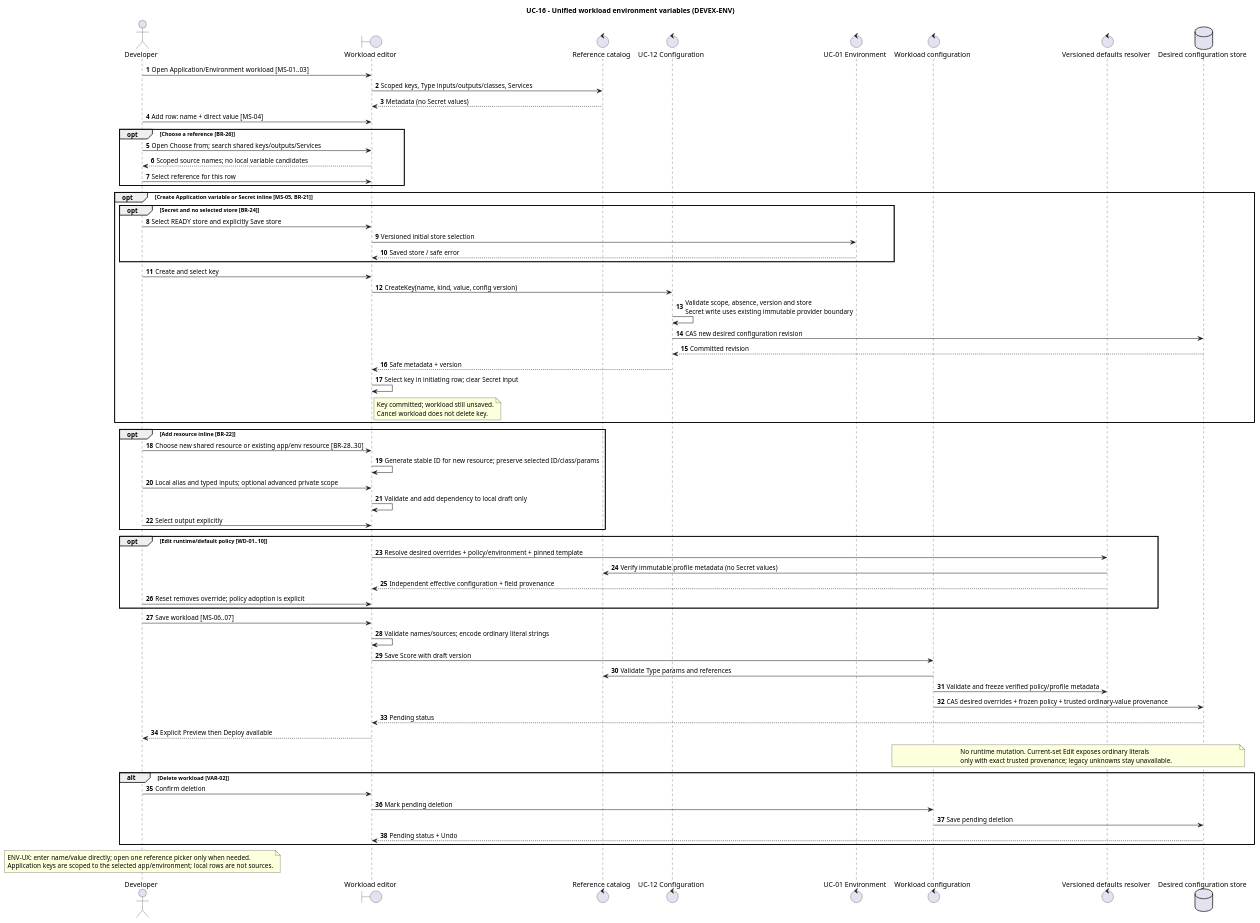
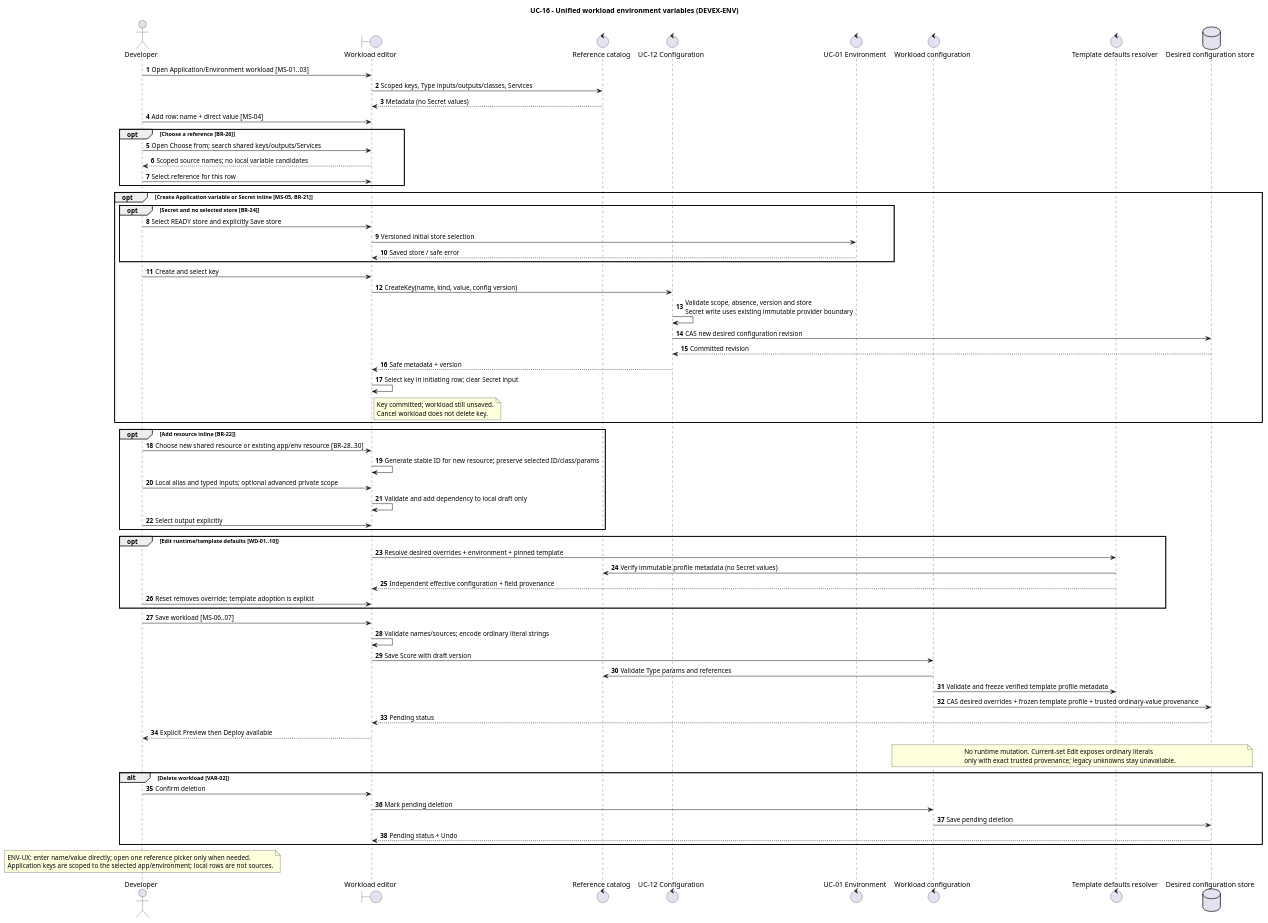
Before and after one commit to pr3s3nt/poc: the diagram in orchestrator_docs/usecase/UC-16/sequence.puml, drawn with PlantUML. The commit also changed 51 other files, not shown here.

Commit message:
refactor(workloads): move runtime defaults into pinned templates

```diff
--- a/orchestrator_docs/usecase/UC-16/sequence.puml
+++ b/orchestrator_docs/usecase/UC-16/sequence.puml
@@ -1,75 +1,75 @@
 @startuml
 title UC-16 - Unified workload environment variables (DEVEX-ENV)
 autonumber
 actor Developer as Dev
 boundary "Workload editor" as UI
 control "Reference catalog" as Catalog
 control "UC-12 Configuration" as Keys
 control "UC-01 Environment" as Env
 control "Workload configuration" as Config
-control "Versioned defaults resolver" as Defaults
+control "Template defaults resolver" as Defaults
 database "Desired configuration store" as Store
 
 Dev -> UI: Open Application/Environment workload [MS-01..03]
 UI -> Catalog: Scoped keys, Type inputs/outputs/classes, Services
 Catalog --> UI: Metadata (no Secret values)
 Dev -> UI: Add row: name + direct value [MS-04]
 opt Choose a reference [BR-26]
   Dev -> UI: Open Choose from; search shared keys/outputs/Services
   UI --> Dev: Scoped source names; no local variable candidates
   Dev -> UI: Select reference for this row
 end
 opt Create Application variable or Secret inline [MS-05, BR-21]
   opt Secret and no selected store [BR-24]
     Dev -> UI: Select READY store and explicitly Save store
     UI -> Env: Versioned initial store selection
     Env --> UI: Saved store / safe error
   end
   Dev -> UI: Create and select key
   UI -> Keys: CreateKey(name, kind, value, config version)
   Keys -> Keys: Validate scope, absence, version and store\nSecret write uses existing immutable provider boundary
   Keys -> Store: CAS new desired configuration revision
   Store --> Keys: Committed revision
   Keys --> UI: Safe metadata + version
   UI -> UI: Select key in initiating row; clear Secret input
   note right of UI
     Key committed; workload still unsaved.
     Cancel workload does not delete key.
   end note
 end
 opt Add resource inline [BR-22]
   Dev -> UI: Choose new shared resource or existing app/env resource [BR-28..30]
   UI -> UI: Generate stable ID for new resource; preserve selected ID/class/params
   Dev -> UI: Local alias and typed inputs; optional advanced private scope
   UI -> UI: Validate and add dependency to local draft only
   Dev -> UI: Select output explicitly
 end
-opt Edit runtime/default policy [WD-01..10]
- UI -> Defaults: Resolve desired overrides + policy/environment + pinned template
+opt Edit runtime/template defaults [WD-01..10]
+ UI -> Defaults: Resolve desired overrides + environment + pinned template
  Defaults -> Catalog: Verify immutable profile metadata (no Secret values)
  Defaults --> UI: Independent effective configuration + field provenance
- Dev -> UI: Reset removes override; policy adoption is explicit
+ Dev -> UI: Reset removes override; template adoption is explicit
 end
 Dev -> UI: Save workload [MS-06..07]
 UI -> UI: Validate names/sources; encode ordinary literal strings
 UI -> Config: Save Score with draft version
 Config -> Catalog: Validate Type params and references
-Config -> Defaults: Validate and freeze verified policy/profile metadata
-Config -> Store: CAS desired overrides + frozen policy + trusted ordinary-value provenance
+Config -> Defaults: Validate and freeze verified template profile metadata
+Config -> Store: CAS desired overrides + frozen template profile + trusted ordinary-value provenance
 Store --> UI: Pending status
 UI --> Dev: Explicit Preview then Deploy available
 note over Config,Store
   No runtime mutation. Current-set Edit exposes ordinary literals
   only with exact trusted provenance; legacy unknowns stay unavailable.
 end note
 alt Delete workload [VAR-02]
   Dev -> UI: Confirm deletion
   UI -> Config: Mark pending deletion
   Config -> Store: Save pending deletion
   Store --> UI: Pending status + Undo
 end
 note over Dev
 ENV-UX: enter name/value directly; open one reference picker only when needed.
 Application keys are scoped to the selected app/environment; local rows are not sources.
 end note
 @enduml
```
